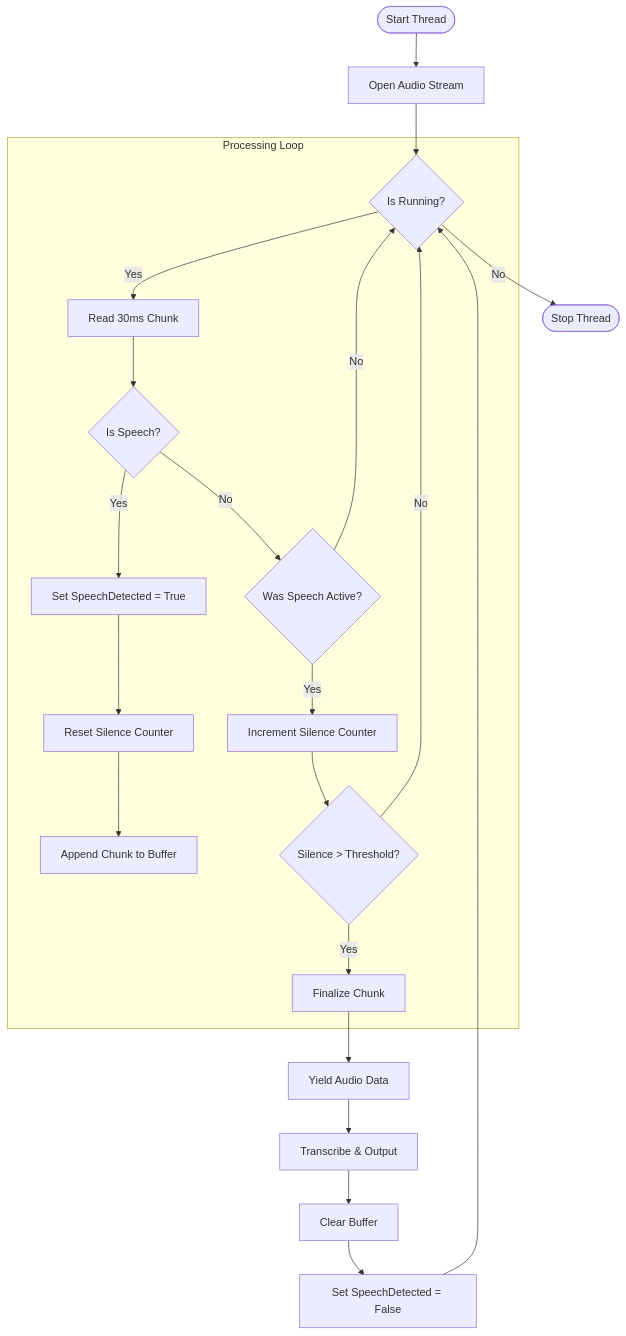
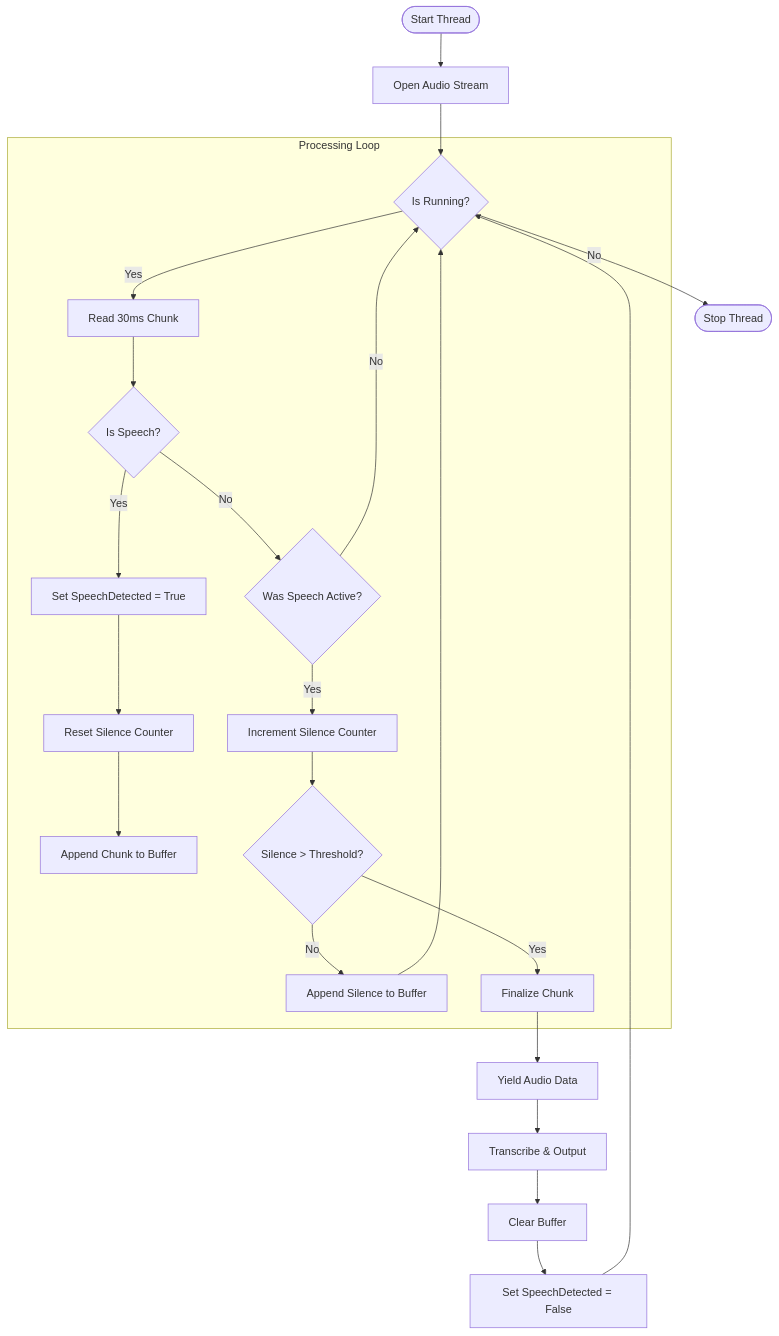
One commit to amalkp814/viapp changed the second of 5 diagrams in process_flow.md. Above: the diagram before and after it, drawn with Mermaid. The commit also changed other lines of this file and 3 other files, not shown here.

````diff
--- a/process_flow.md
+++ b/process_flow.md
@@ -53,34 +53,35 @@
 ```mermaid
 flowchart TD
     Start([Start Thread]) --> InitStream[Open Audio Stream]
     InitStream --> CheckRun{Is Running?}
     
     subgraph AudioLoop [Processing Loop]
         CheckRun -- Yes --> Read[Read 30ms Chunk]
         Read --> VAD{Is Speech?}
         
         %% Speech Detected Path
         VAD -- Yes --> SpeechTrue[Set SpeechDetected = True]
         SpeechTrue --> ResetSil[Reset Silence Counter]
         ResetSil --> Buffer[Append Chunk to Buffer]
         
         %% Silence Path
         VAD -- No --> CheckActive{Was Speech Active?}
         CheckActive -- No --> CheckRun
         
         CheckActive -- Yes --> IncSil[Increment Silence Counter]
         IncSil --> CheckThresh{Silence > Threshold?}
         
-        %% Current Code Behavior: Silent frames are NOT buffered
-        CheckThresh -- No --> CheckRun
+        %% New Behavior: Silent frames ARE buffered
+        CheckThresh -- No --> BufferSil[Append Silence to Buffer]
+        BufferSil --> CheckRun
         CheckThresh -- Yes --> Finalize[Finalize Chunk]
     end
     
     Finalize --> Yield[Yield Audio Data]
     Yield --> Transcribe[Transcribe & Output]
     Transcribe --> Clear[Clear Buffer]
     Clear --> ResetFlag[Set SpeechDetected = False]
     ResetFlag --> CheckRun
     
     CheckRun -- No --> Stop([Stop Thread])
 ```
````
